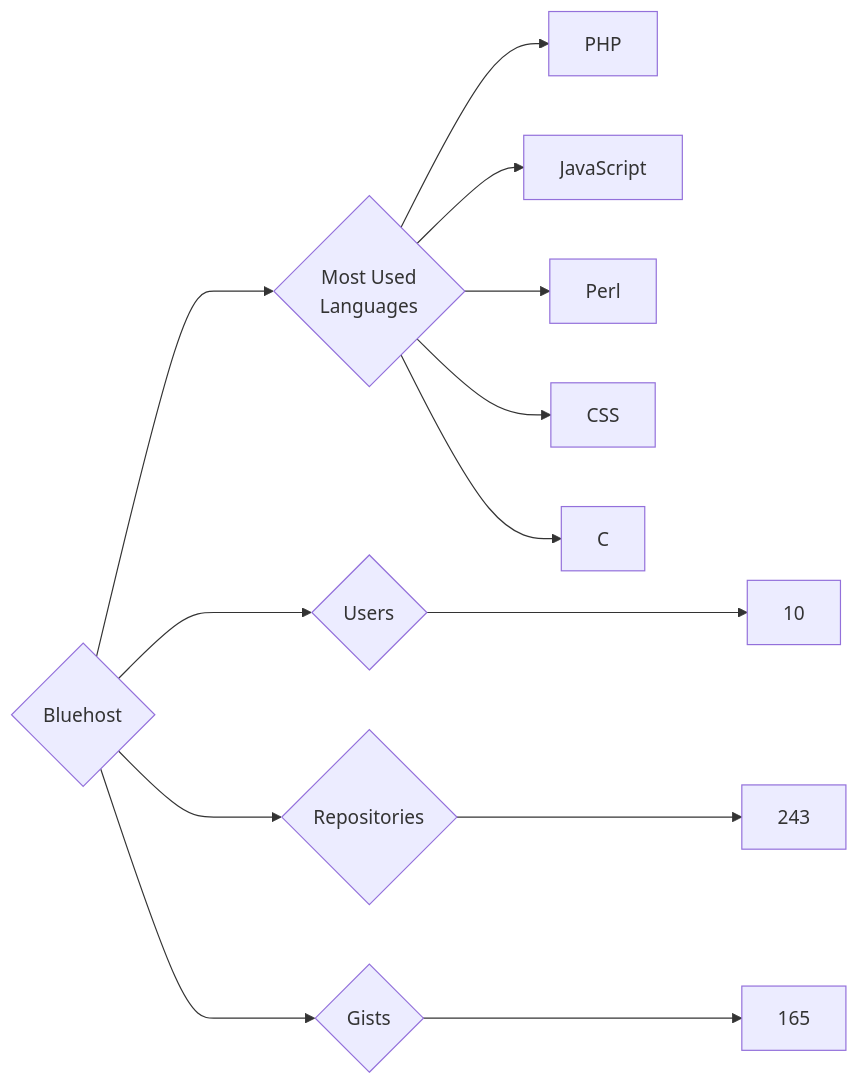
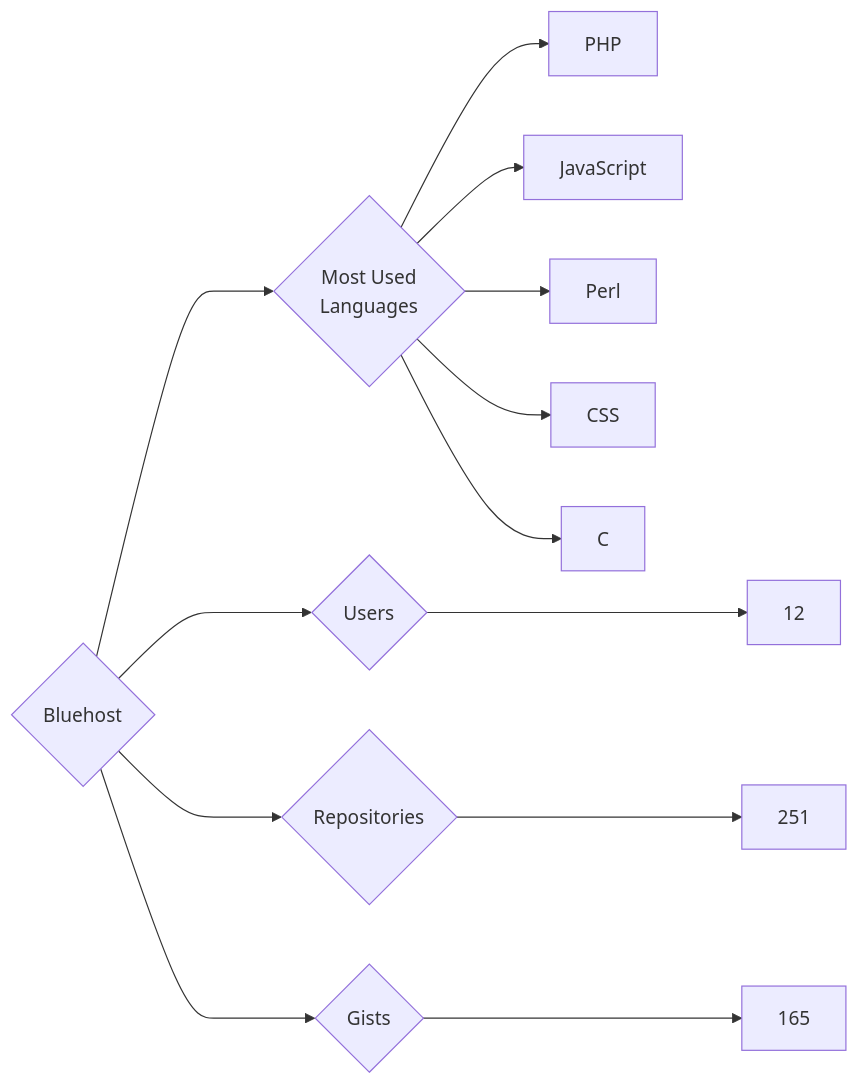
Before and after one commit to trickest/insiders: the diagram in targets/Bluehost/README.md, drawn with Mermaid. The commit also changed 925 other files, not shown here.

````diff
--- a/targets/Bluehost/README.md
+++ b/targets/Bluehost/README.md
@@ -3,13 +3,13 @@
 ```mermaid
 graph LR
 COMPANY_NAME{Bluehost}
-COMPANY_NAME ---> U{Users} ---> UN[10]
-COMPANY_NAME ---> R{Repositories} ---> RN[243]
+COMPANY_NAME ---> U{Users} ---> UN[12]
+COMPANY_NAME ---> R{Repositories} ---> RN[251]
 COMPANY_NAME ---> G{Gists} ---> GN[165]
 COMPANY_NAME ---> ML{Most Used<br>Languages}
 ML --> PHP[PHP]
 ML --> JavaScript[JavaScript]
 ML --> Perl[Perl]
 ML --> CSS[CSS]
 ML --> C[C]
 ```
````
